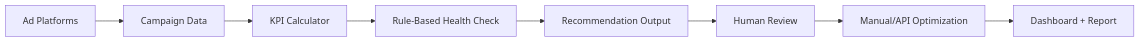
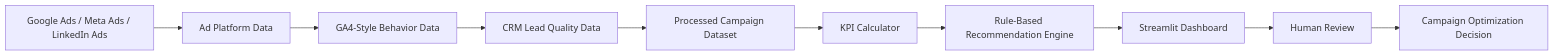
The first of 3 diagrams in README.md (vaishnavkadhao/ai-performance-marketing-automation-lab), drawn with Mermaid before and after one commit. The commit also changed other lines of this file, not shown here.

````diff
--- a/README.md
+++ b/README.md
@@ -40,10 +60,12 @@
 ```mermaid
 flowchart LR
-    A[Ad Platforms] --> B[Campaign Data]
-    B --> C[KPI Calculator]
-    C --> D[Rule-Based Health Check]
-    D --> E[Recommendation Output]
-    E --> F[Human Review]
-    F --> G[Manual/API Optimization]
-    G --> H[Dashboard + Report]
+    A[Google Ads / Meta Ads / LinkedIn Ads] --> B[Ad Platform Data]
+    B --> C[GA4-Style Behavior Data]
+    C --> D[CRM Lead Quality Data]
+    D --> E[Processed Campaign Dataset]
+    E --> F[KPI Calculator]
+    F --> G[Rule-Based Recommendation Engine]
+    G --> H[Streamlit Dashboard]
+    H --> I[Human Review]
+    I --> J[Campaign Optimization Decision]
 ```
````
